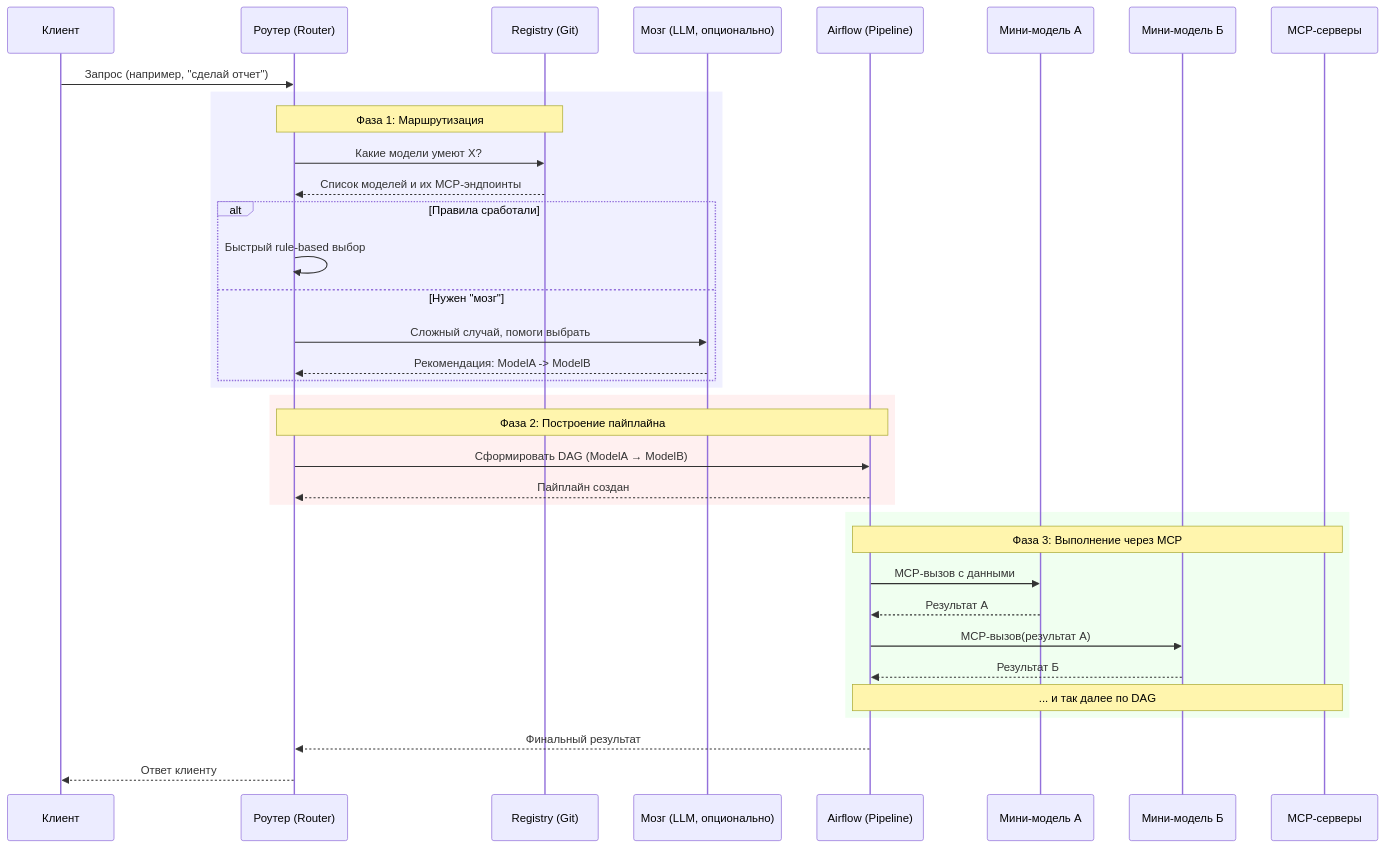
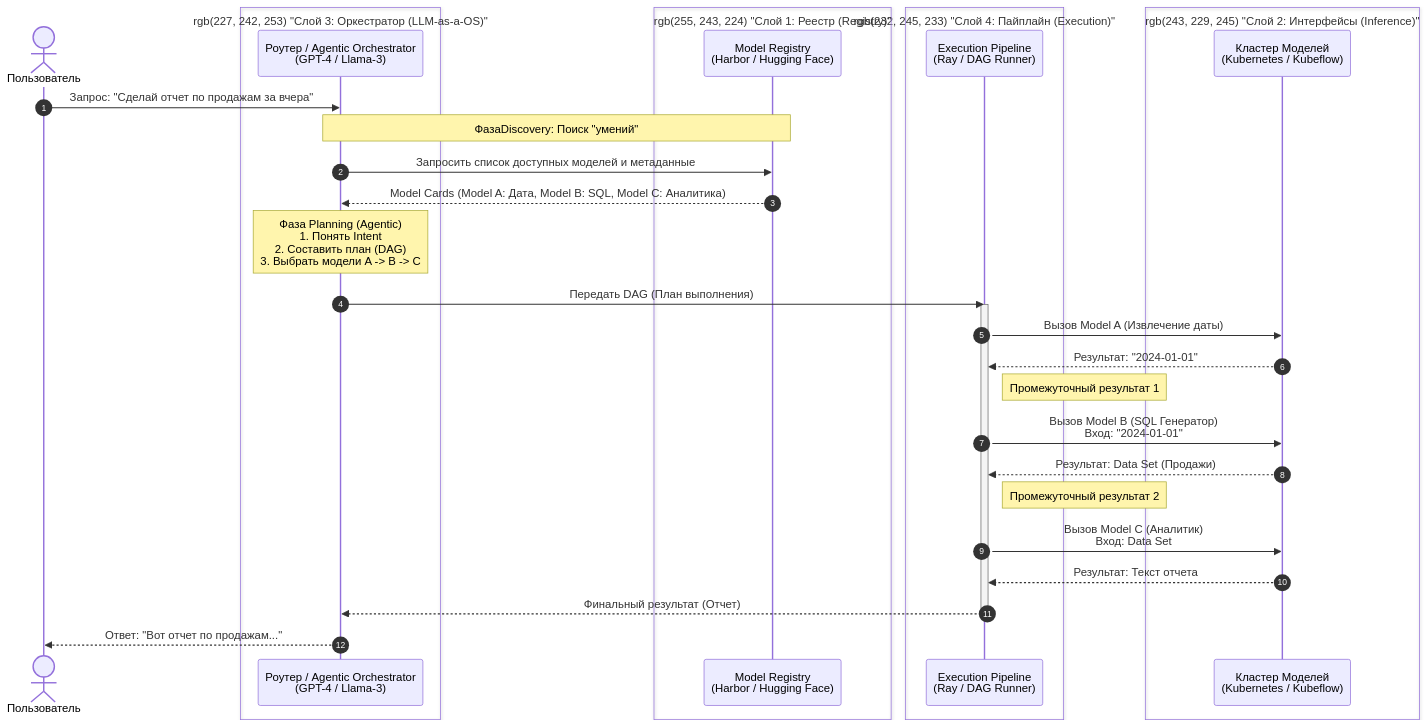
One commit to balshoy-ai/balshoy-dispetcher changed the diagram in README.md. Above: the diagram before and after it, drawn with Mermaid.

````diff
--- a/README.md
+++ b/README.md
@@ -3,46 +3,54 @@
 ```mermaid
 sequenceDiagram
-    participant C as Клиент
-    participant R as Роутер (Router)
-    participant Reg as Registry (Git)
-    participant M as Мозг (LLM, опционально)
-    participant A as Airflow (Pipeline)
-    participant Model1 as Мини-модель А
-    participant Model2 as Мини-модель Б
-    participant ModelN as MCP-серверы
+    autonumber
+    actor User as Пользователь
 
-    C->>R: Запрос (например, "сделай отчет")
+    box rgb(227, 242, 253) "Слой 3: Оркестратор (LLM-as-a-OS)"
+        participant Router as Роутер / Agentic Orchestrator<br>(GPT-4 / Llama-3)
+    end
+
+    box rgb(255, 243, 224) "Слой 1: Реестр (Registry)"
+        participant Registry as Model Registry<br>(Harbor / Hugging Face)
+    end
+
+    box rgb(232, 245, 233) "Слой 4: Пайплайн (Execution)"
+        participant Pipeline as Execution Pipeline<br>(Ray / DAG Runner)
+    end
+
+    box rgb(243, 229, 245) "Слой 2: Интерфейсы (Inference)"
+        participant KubeFlow as Кластер Моделей<br>(Kubernetes / Kubeflow)
+    end
+
+    %% Основной сценарий
+    User->>Router: Запрос: "Сделай отчет по продажам за вчера"
+
+    %% Этап планирования
+    Note over Router, Registry: ФазаDiscovery: Поиск "умений"
+    Router->>Registry: Запросить список доступных моделей и метаданные
+    Registry-->>Router: Model Cards (Model A: Дата, Model B: SQL, Model C: Аналитика)
+
+    Note over Router: Фаза Planning (Agentic)<br/>1. Понять Intent<br/>2. Составить план (DAG)<br/>3. Выбрать модели A -> B -> C
+
+    %% Этап выполнения
+    Router->>Pipeline: Передать DAG (План выполнения)
+    activate Pipeline
+
+    %% Шаг 1: Извлечение даты
+    Pipeline->>KubeFlow: Вызов Model A (Извлечение даты)
+    KubeFlow-->>Pipeline: Результат: "2024-01-01"
+    Note right of Pipeline: Промежуточный результат 1
+
+    %% Шаг 2: Генерация SQL
+    Pipeline->>KubeFlow: Вызов Model B (SQL Генератор)<br/>Вход: "2024-01-01"
+    KubeFlow-->>Pipeline: Результат: Data Set (Продажи)
+    Note right of Pipeline: Промежуточный результат 2
+
+    %% Шаг 3: Анализ
+    Pipeline->>KubeFlow: Вызов Model C (Аналитик)<br/>Вход: Data Set
+    KubeFlow-->>Pipeline: Результат: Текст отчета
     
-    rect rgb(240, 240, 255)
-        Note over R,Reg: Фаза 1: Маршрутизация
-        R->>Reg: Какие модели умеют X?
-        Reg-->>R: Список моделей и их MCP-эндпоинты
-        
-        alt Правила сработали
-            R->>R: Быстрый rule-based выбор
-        else Нужен "мозг"
-            R->>M: Сложный случай, помоги выбрать
-            M-->>R: Рекомендация: ModelA -> ModelB
-        end
-    end
-    
-    rect rgb(255, 240, 240)
-        Note over R,A: Фаза 2: Построение пайплайна
-        R->>A: Сформировать DAG (ModelA → ModelB)
-        A-->>R: Пайплайн создан
-    end
-    
-    rect rgb(240, 255, 240)
-        Note over A,ModelN: Фаза 3: Выполнение через MCP
-        A->>Model1: MCP-вызов с данными
-        Model1-->>A: Результат А
-        
-        A->>Model2: MCP-вызов(результат А)
-        Model2-->>A: Результат Б
-        
-        Note over A,ModelN: ... и так далее по DAG
-    end
-    
-    A-->>R: Финальный результат
-    R-->>C: Ответ клиенту
+    Pipeline-->>Router: Финальный результат (Отчет)
+    deactivate Pipeline
+
+    Router-->>User: Ответ: "Вот отчет по продажам..."
 ```
````
